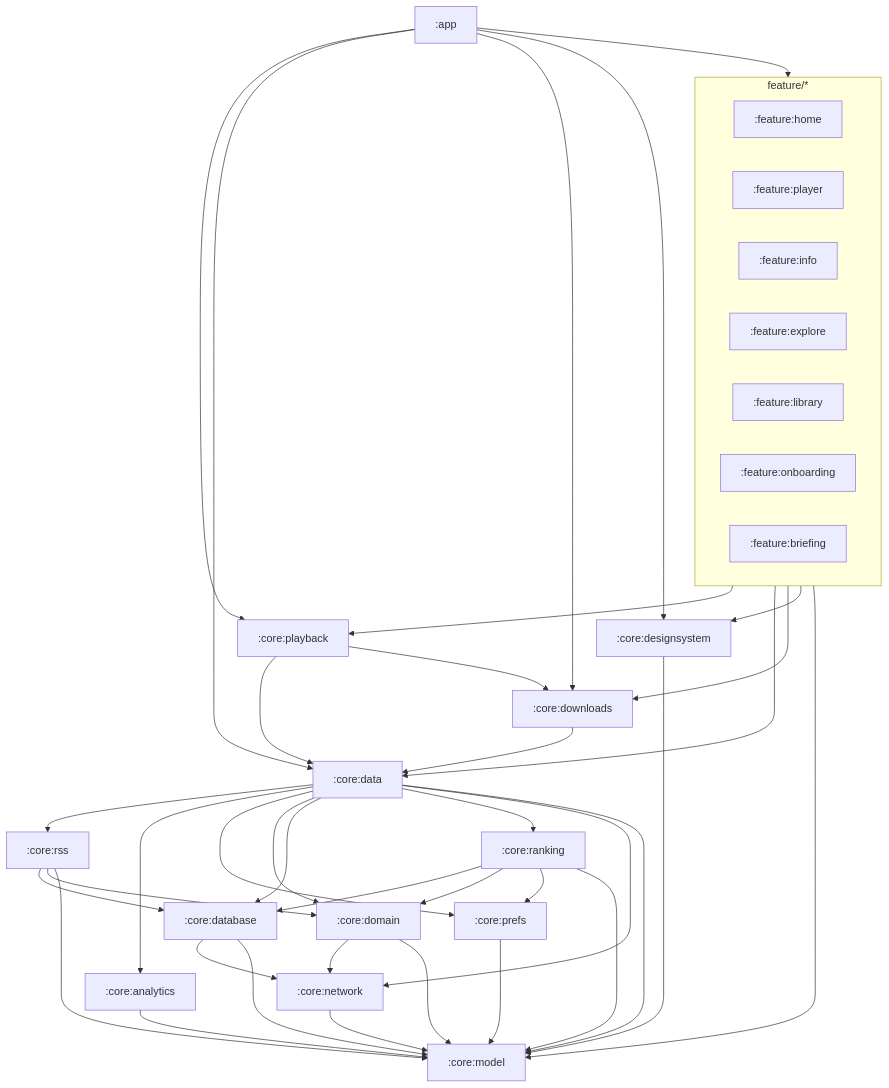
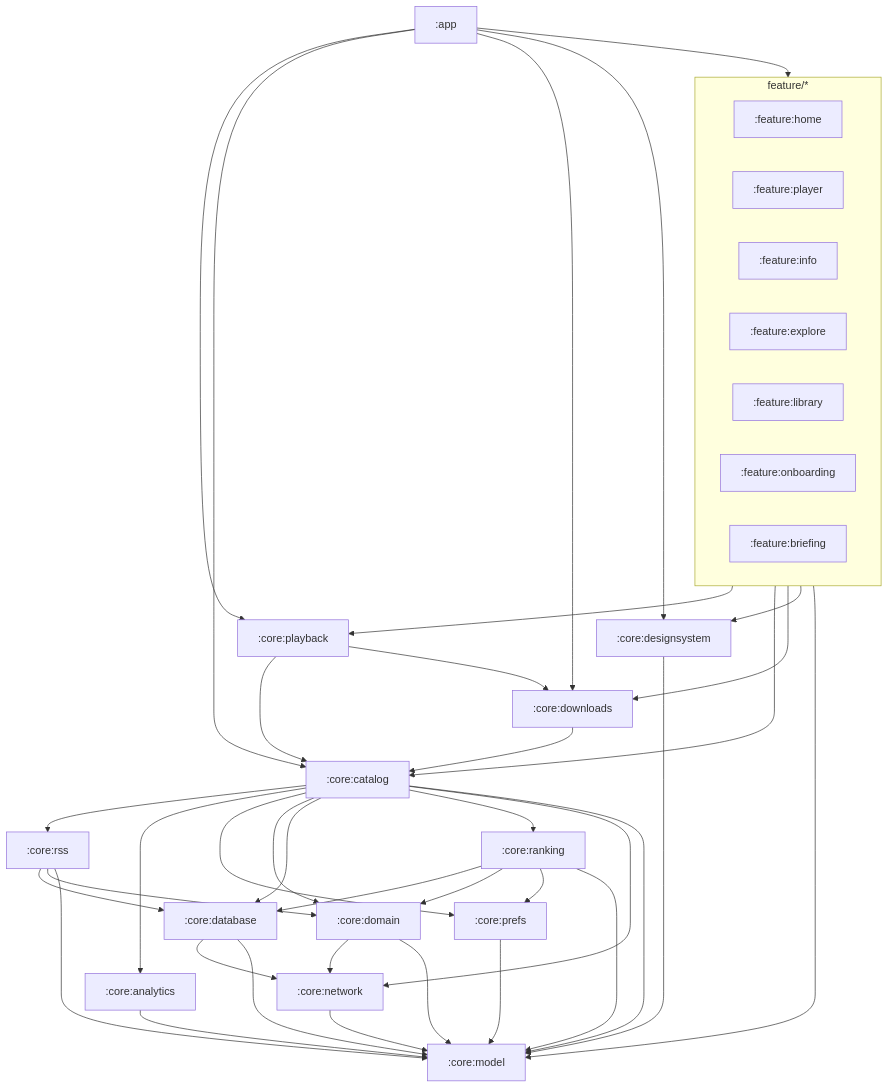
The diagram in ARCHITECTURE.md (boxcreate/boxlore), drawn with Mermaid before and after one commit. The commit also changed other lines of this file and 92 other files, not shown here.

First line of the commit message:
refactor: split playback/catalog surfaces and rename core:data to core:catalog [skip changelog]

````diff
--- a/ARCHITECTURE.md
+++ b/ARCHITECTURE.md
@@ -51,62 +51,62 @@
 ```mermaid
 flowchart TB
   app[:app]
   subgraph features [feature/*]
     home[:feature:home]
     player[:feature:player]
     info[:feature:info]
     explore[:feature:explore]
     library[:feature:library]
     onboarding[:feature:onboarding]
     briefing[:feature:briefing]
   end
   playback[:core:playback]
-  data[:core:data]
+  catalog[:core:catalog]
   rss[:core:rss]
   analytics[:core:analytics]
   downloads[:core:downloads]
   ranking[:core:ranking]
   prefs[:core:prefs]
   domain[:core:domain]
   database[:core:database]
   network[:core:network]
   design[:core:designsystem]
   model[:core:model]
 
   app --> features
   app --> playback
-  app --> data
+  app --> catalog
   app --> downloads
   app --> design
   features --> playback
-  features --> data
+  features --> catalog
   features --> downloads
   features --> design
   features --> model
-  playback --> data
+  playback --> catalog
   playback --> downloads
-  downloads --> data
-  data --> rss
-  data --> analytics
-  data --> prefs
-  data --> domain
-  data --> database
-  data --> ranking
-  data --> network
-  data --> model
+  downloads --> catalog
+  catalog --> rss
+  catalog --> analytics
+  catalog --> prefs
+  catalog --> domain
+  catalog --> database
+  catalog --> ranking
+  catalog --> network
+  catalog --> model
   rss --> database
   rss --> domain
   rss --> model
   ranking --> database
   ranking --> domain
   ranking --> prefs
   ranking --> model
   analytics --> model
   prefs --> model
   domain --> network
   domain --> model
   database --> network
   database --> model
   design --> model
   network --> model
 ```
````
